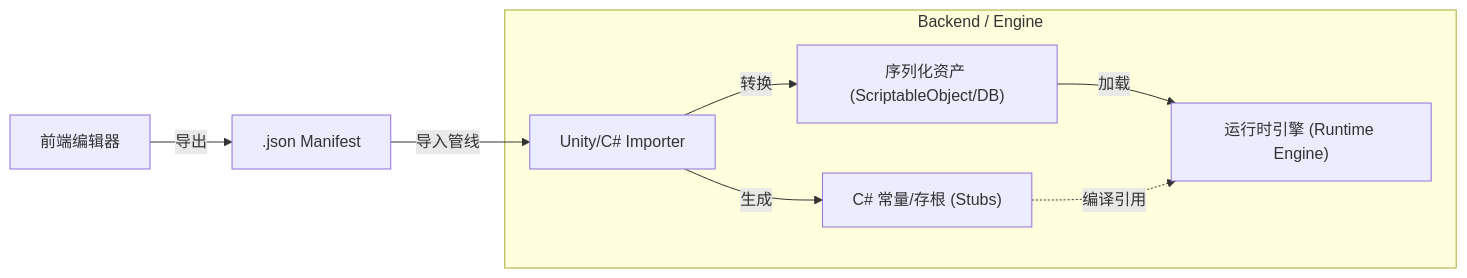
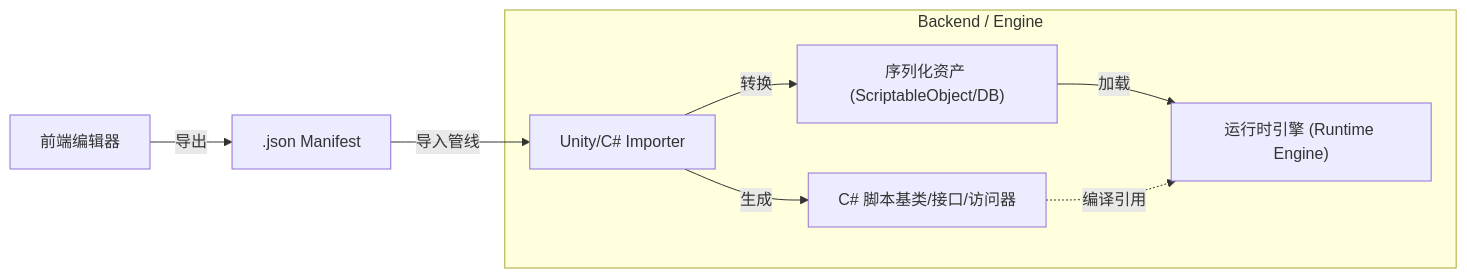
One commit to starryforest-ymxk/PuzzleEditor changed the first of 3 diagrams in overview/dev/Backend_Spec.md. Above: the diagram before and after it, drawn with Mermaid. The commit also changed other lines of this file, not shown here.

````diff
--- a/overview/dev/Backend_Spec.md
+++ b/overview/dev/Backend_Spec.md
@@ -14,12 +14,12 @@
 ```mermaid
 graph LR
     Editor[前端编辑器] -->|导出| JSON[.json Manifest]
     JSON -->|导入管线| Importer[Unity/C# Importer]
     
     subgraph "Backend / Engine"
-        Importer -->|生成| Code["C# 常量/存根 (Stubs)"]
+        Importer -->|生成| Code["C# 脚本基类/接口/访问器"]
         Importer -->|转换| Asset["序列化资产 (ScriptableObject/DB)"]
         Asset -->|加载| Runtime["运行时引擎 (Runtime Engine)"]
         Code -.->|编译引用| Runtime
     end
 ```
````
